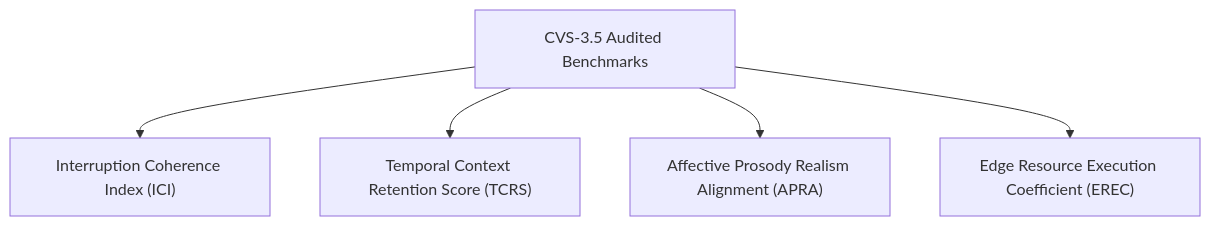
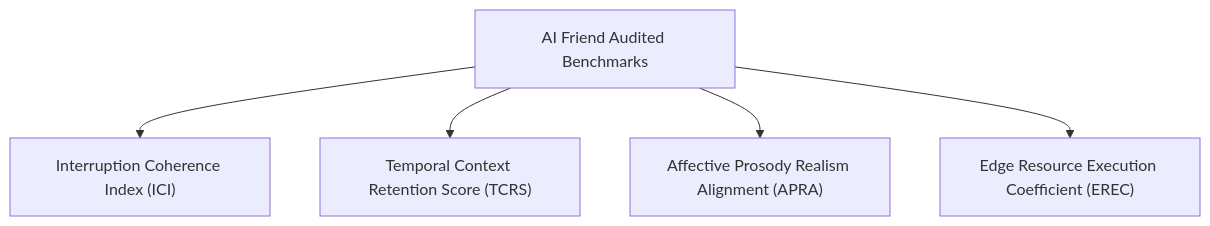
The second of 2 diagrams in academic_benchmarks/documentation/academic_sota_benchmarks.md (Aniket-a14/AI_friend), drawn with Mermaid before and after one commit. The commit also changed other lines of this file and 59 other files, not shown here.

````diff
--- a/academic_benchmarks/documentation/academic_sota_benchmarks.md
+++ b/academic_benchmarks/documentation/academic_sota_benchmarks.md
@@ -257,7 +257,7 @@
 ```mermaid
 graph TD
-    A[CVS-3.5 Audited Benchmarks] --> B["Interruption Coherence Index (ICI)"]
+    A[AI Friend Audited Benchmarks] --> B["Interruption Coherence Index (ICI)"]
     A --> C["Temporal Context Retention Score (TCRS)"]
     A --> D["Affective Prosody Realism Alignment (APRA)"]
     A --> E["Edge Resource Execution Coefficient (EREC)"]
 ```
````
